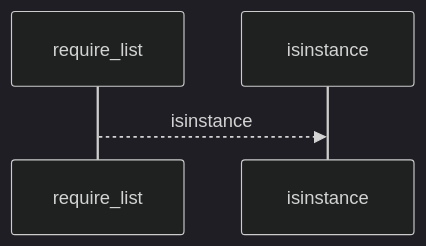
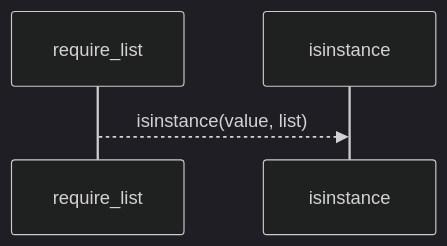
Before and after one commit to Denissvgn/python-wiki-llm: the first of 2 diagrams in docs/llm_wiki/flows/api-require_list.md, drawn with Mermaid (dark theme). The commit also changed other lines of this file and 1410 other files, not shown here.

````diff
--- a/docs/llm_wiki/flows/api-require_list.md
+++ b/docs/llm_wiki/flows/api-require_list.md
@@ -10,6 +12,6 @@
 ```mermaid
 sequenceDiagram
     participant p0 as require_list
     participant p1 as isinstance
-    p0-->>p1: isinstance
+    p0-->>p1: isinstance(value, list)
 ```
````
